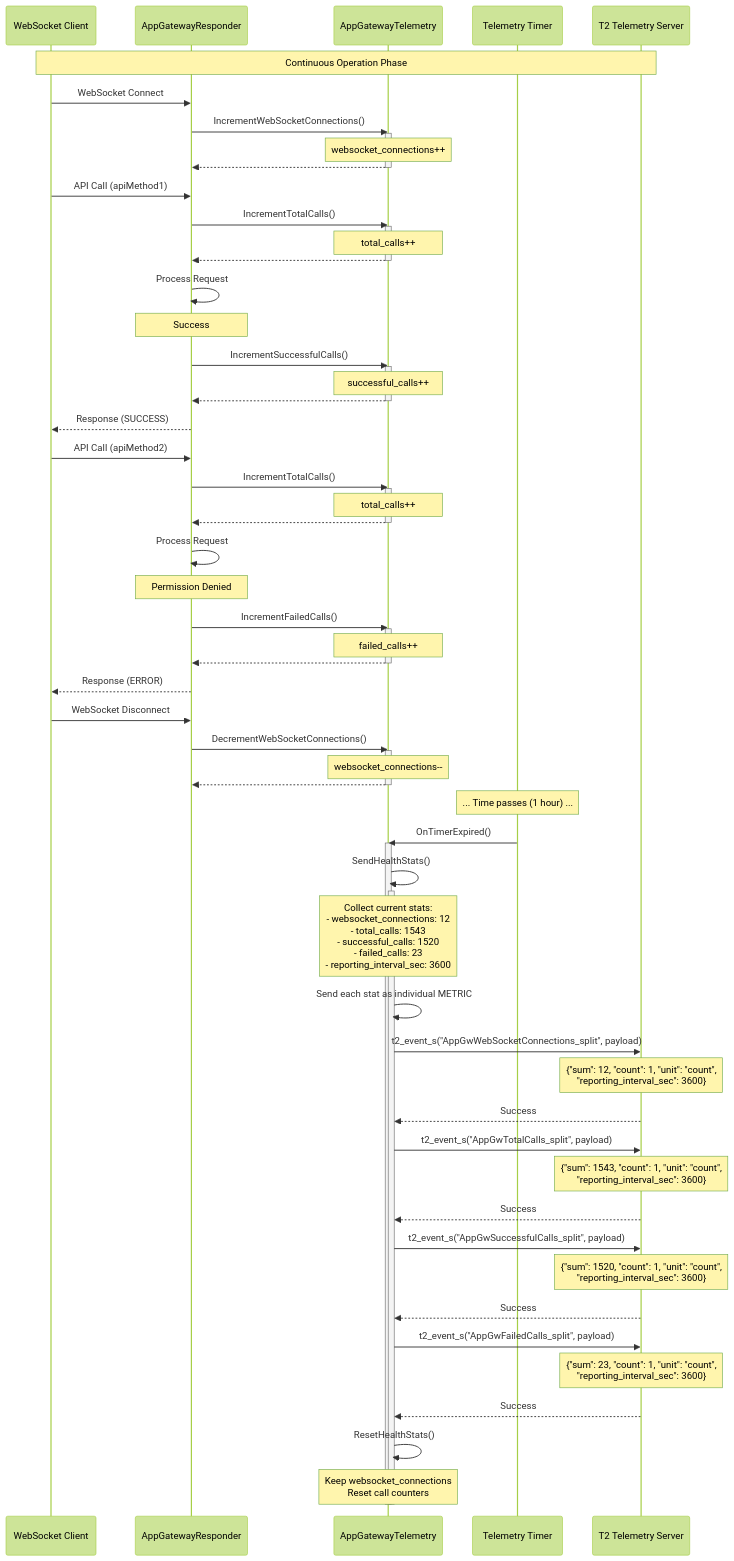
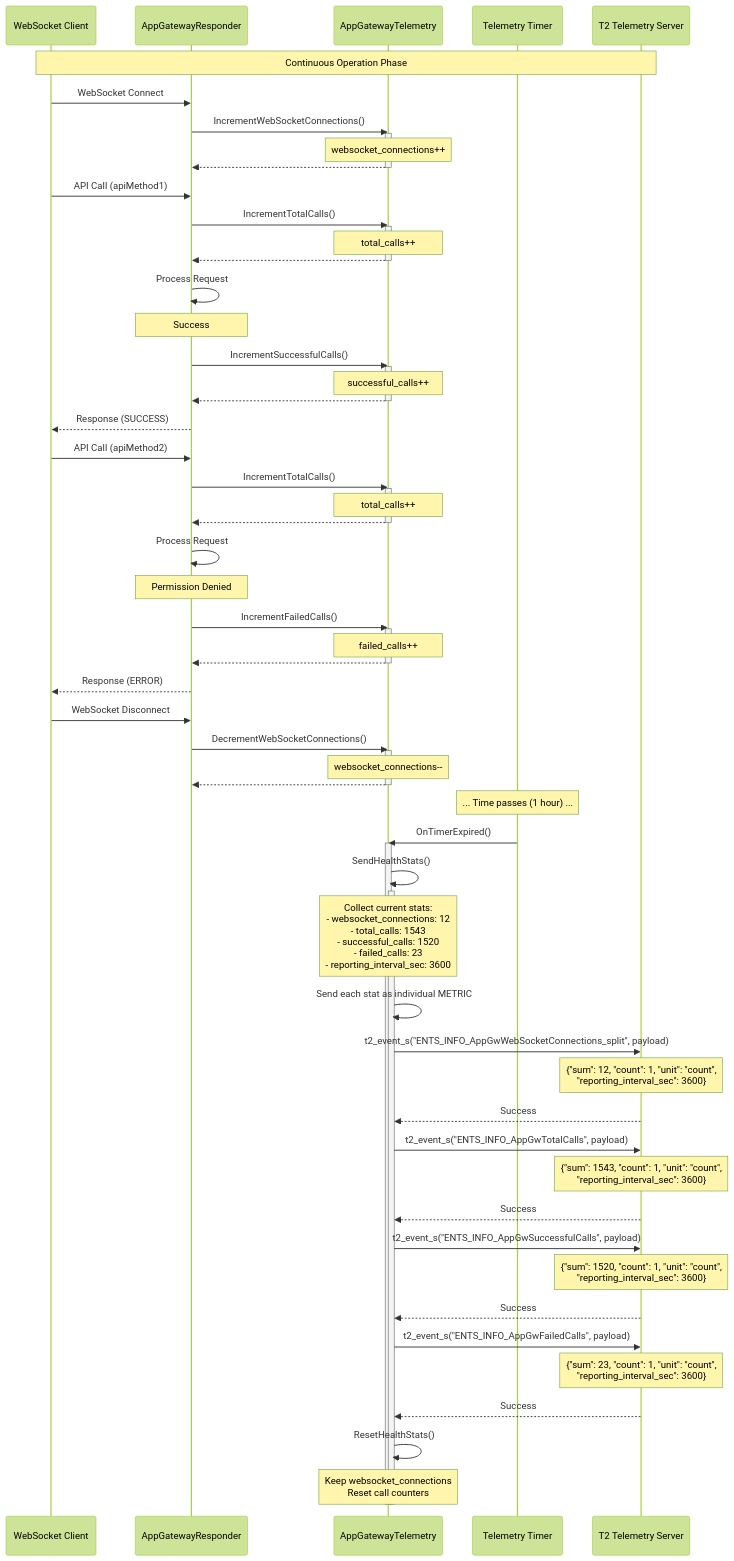
The diagram in AppGateway/docs/sequence-diagrams/02_Health_Stats_Reporting.md (rdkcentral/entservices-appgateway), drawn with Mermaid (forest theme) before and after one commit. The commit also changed other lines of this file and 11 other files, not shown here.

```diff
--- a/AppGateway/docs/sequence-diagrams/02_Health_Stats_Reporting.md
+++ b/AppGateway/docs/sequence-diagrams/02_Health_Stats_Reporting.md
@@ -83,19 +83,19 @@
     
     Telemetry->>Telemetry: Send each stat as individual METRIC
     
-    Telemetry->>T2: t2_event_s("AppGwWebSocketConnections_split", payload)
+    Telemetry->>T2: t2_event_s("ENTS_INFO_AppGwWebSocketConnections_split", payload)
     Note over T2: {"sum": 12, "count": 1, "unit": "count",<br/>"reporting_interval_sec": 3600}
     T2-->>Telemetry: Success
     
-    Telemetry->>T2: t2_event_s("AppGwTotalCalls_split", payload)
+    Telemetry->>T2: t2_event_s("ENTS_INFO_AppGwTotalCalls", payload)
     Note over T2: {"sum": 1543, "count": 1, "unit": "count",<br/>"reporting_interval_sec": 3600}
     T2-->>Telemetry: Success
     
-    Telemetry->>T2: t2_event_s("AppGwSuccessfulCalls_split", payload)
+    Telemetry->>T2: t2_event_s("ENTS_INFO_AppGwSuccessfulCalls", payload)
     Note over T2: {"sum": 1520, "count": 1, "unit": "count",<br/>"reporting_interval_sec": 3600}
     T2-->>Telemetry: Success
     
-    Telemetry->>T2: t2_event_s("AppGwFailedCalls_split", payload)
+    Telemetry->>T2: t2_event_s("ENTS_INFO_AppGwFailedCalls", payload)
     Note over T2: {"sum": 23, "count": 1, "unit": "count",<br/>"reporting_interval_sec": 3600}
     T2-->>Telemetry: Success
     
```
